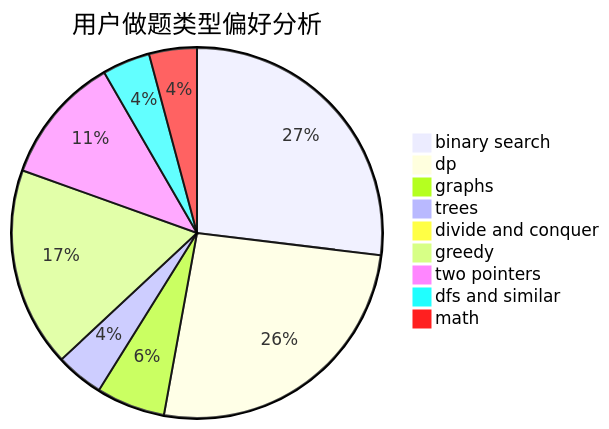
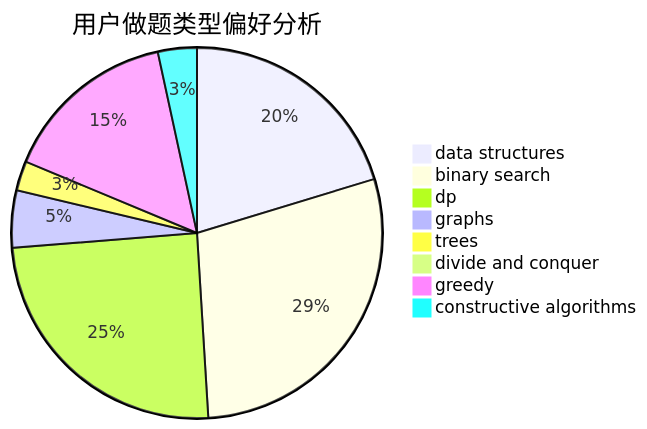
One commit to sherpahu/cfrs.github.io changed the second of 3 diagrams in docs/user/u22.md. Above: the diagram before and after it, drawn with Mermaid. The commit also changed other lines of this file and 2775 other files, not shown here.

````diff
--- a/docs/user/u22.md
+++ b/docs/user/u22.md
@@ -23,12 +23,11 @@
 ```mermaid
 pie title 用户做题类型偏好分析
-    "binary search" :  658
-    "dp" :  634
-    "graphs" :  147
-    "trees" :  102
-    "divide and conquer" :  7
-    "greedy" :  426
-    "two pointers" :  273
-    "dfs and similar" :  102
-    "math" :  102
+    "data structures" :  448
+    "binary search" :  634
+    "dp" :  545
+    "graphs" :  110
+    "trees" :  57
+    "divide and conquer" :  0
+    "greedy" :  338
+    "constructive algorithms" :  75
 ```
````
